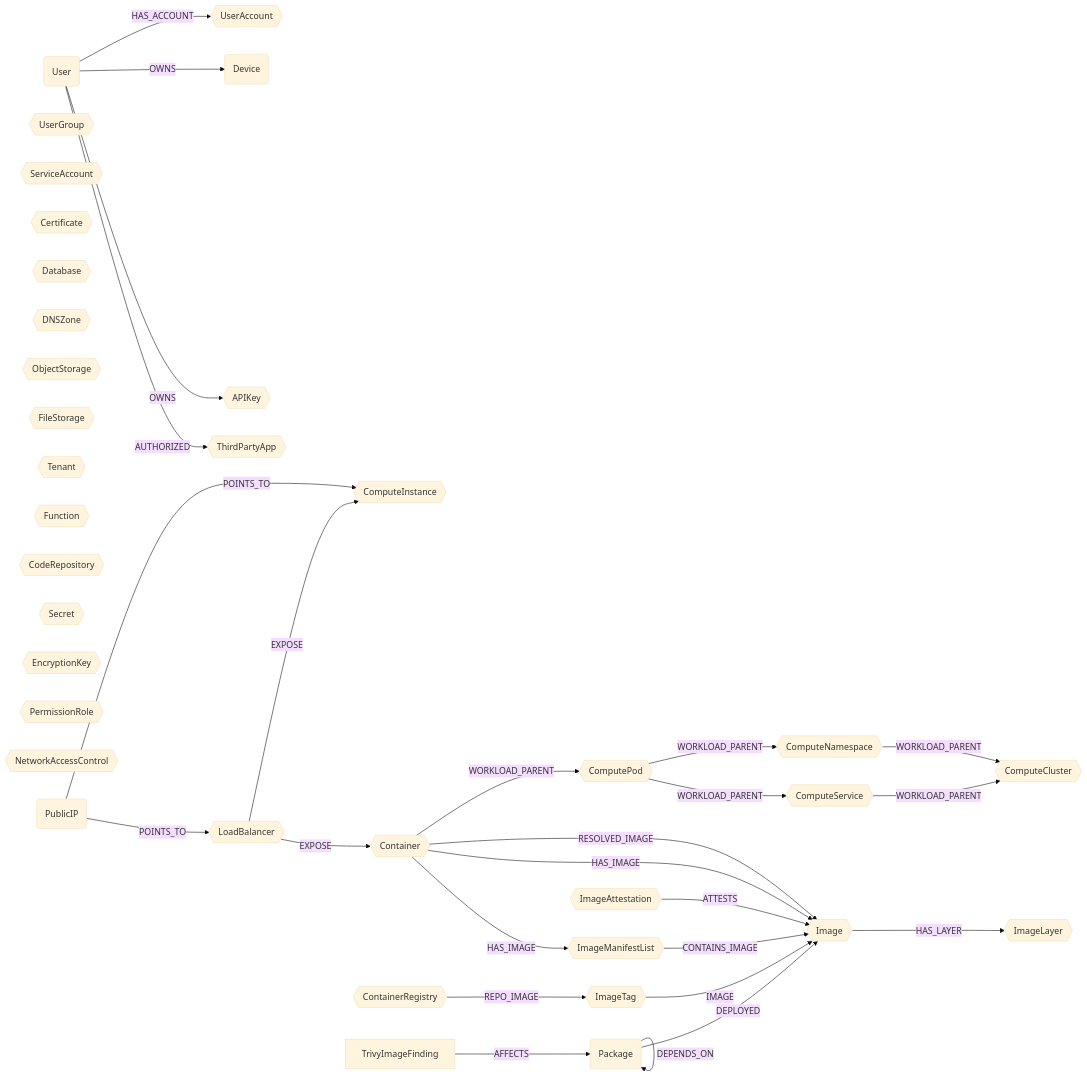
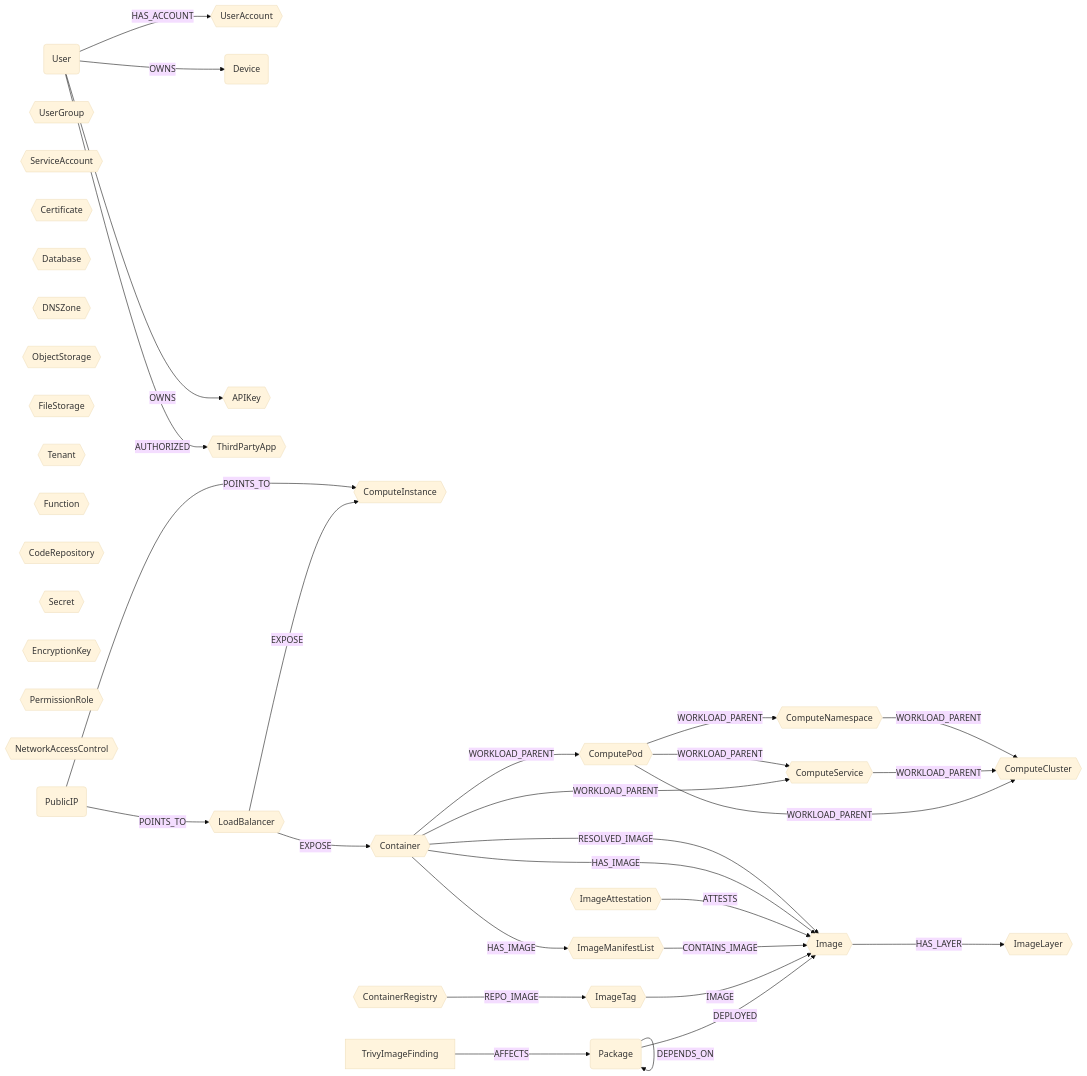
Before and after one commit to cartography-cncf/cartography: the diagram in docs/root/modules/ontology/schema.md, drawn with Mermaid (base theme). The commit also changed other lines of this file and 1 other file, not shown here.

First line of the commit message:
docs: address Cubic review feedback on workload-chain ontology

````diff
--- a/docs/root/modules/ontology/schema.md
+++ b/docs/root/modules/ontology/schema.md
@@ -6,46 +6,48 @@
 ```mermaid
 graph LR
 
 U(User) -- HAS_ACCOUNT --> UA{{UserAccount}}
 U -- OWNS --> CC(Device)
 U -- OWNS --> AK{{APIKey}}
 U -- AUTHORIZED --> OA{{ThirdPartyApp}}
 UG{{UserGroup}}
 SA{{ServiceAccount}}
 CERT{{Certificate}}
 LB{{LoadBalancer}} -- EXPOSE --> CI{{ComputeInstance}}
 LB{{LoadBalancer}} -- EXPOSE --> CT{{Container}}
 CL{{ComputeCluster}}
 CS{{ComputeService}}
 CNS{{ComputeNamespace}}
 CP{{ComputePod}}
 CT -- WORKLOAD_PARENT --> CP
+CT -- WORKLOAD_PARENT --> CS
 CP -- WORKLOAD_PARENT --> CS
 CP -- WORKLOAD_PARENT --> CNS
+CP -- WORKLOAD_PARENT --> CL
 CS -- WORKLOAD_PARENT --> CL
 CNS -- WORKLOAD_PARENT --> CL
 DB{{Database}}
 DZ{{DNSZone}}
 OS{{ObjectStorage}}
 FS{{FileStorage}}
 TN{{Tenant}}
 FN{{Function}}
 REPO{{CodeRepository}}
 SC{{Secret}}
 EK{{EncryptionKey}}
 PR{{PermissionRole}}
 NAC{{NetworkAccessControl}}
 PIP(PublicIP) -- POINTS_TO --> LB
 PIP -- POINTS_TO --> CI
 PKG(Package) -- DEPLOYED --> IM{{Image}}
 PKG -- DEPENDS_ON --> PKG
 F[TrivyImageFinding] -- AFFECTS --> PKG
 CR{{ContainerRegistry}} -- REPO_IMAGE --> IT{{ImageTag}}
 IT -- IMAGE --> IM
 IML{{ImageManifestList}} -- CONTAINS_IMAGE --> IM
 IA{{ImageAttestation}} -- ATTESTS --> IM
 IM -- HAS_LAYER --> IL{{ImageLayer}}
 CT -- HAS_IMAGE --> IM
 CT -- HAS_IMAGE --> IML
 CT -- RESOLVED_IMAGE --> IM
 ```
````
